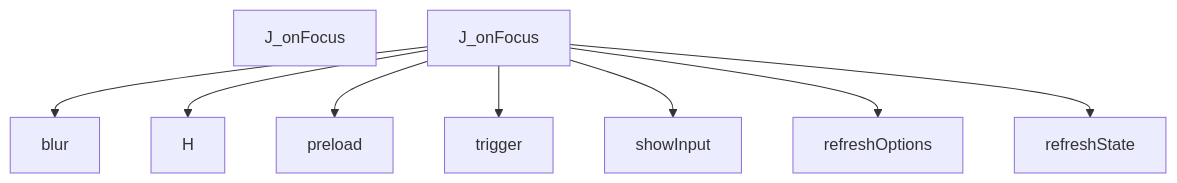
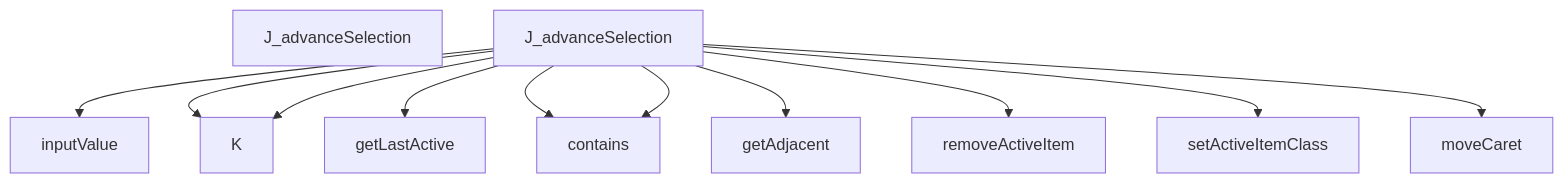
One commit to hazalkoom/DECODEx01 changed diagram 17 of 26 in docs/DATA_FLOW.md. Above: the diagram before and after it, drawn with Mermaid. The commit also changed other lines of this file and 15 other files, not shown here.

Commit message:
feat: NLG phases 2-4 - API scanner, few-shot schema, and story generator

````diff
--- a/docs/DATA_FLOW.md
+++ b/docs/DATA_FLOW.md
@@ -545,33 +601,45 @@
 ```mermaid
 graph TD
-    Start[J_onFocus]
+    Start[J_advanceSelection]
 
 
-    J_onFocus --> blur
+    J_advanceSelection --> inputValue
 
 
 
-    J_onFocus --> H
+    J_advanceSelection --> K
 
 
 
-    J_onFocus --> preload
+    J_advanceSelection --> K
 
 
 
-    J_onFocus --> trigger
+    J_advanceSelection --> getLastActive
 
 
 
-    J_onFocus --> showInput
+    J_advanceSelection --> contains
 
 
 
-    J_onFocus --> refreshOptions
+    J_advanceSelection --> getAdjacent
 
 
 
-    J_onFocus --> refreshState
+    J_advanceSelection --> contains
+
+
+
+    J_advanceSelection --> removeActiveItem
+
+
+
+    J_advanceSelection --> setActiveItemClass
+
+
+
+    J_advanceSelection --> moveCaret
 
 
 ```
````
